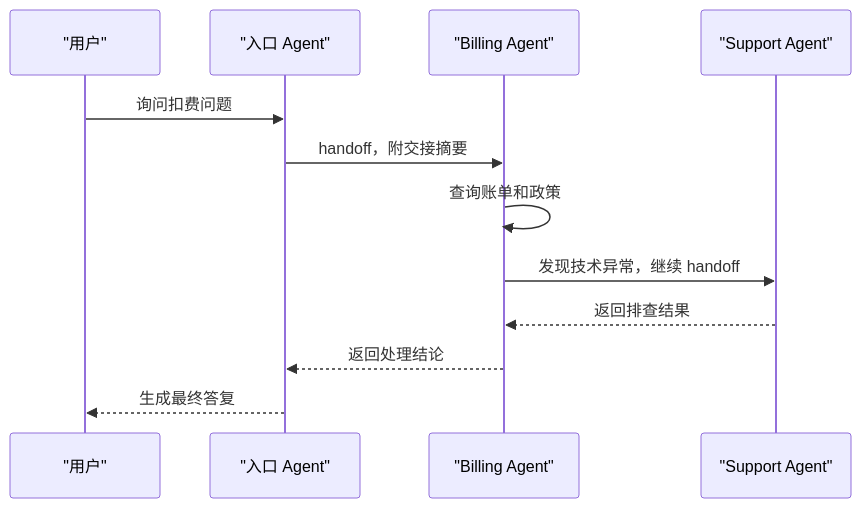
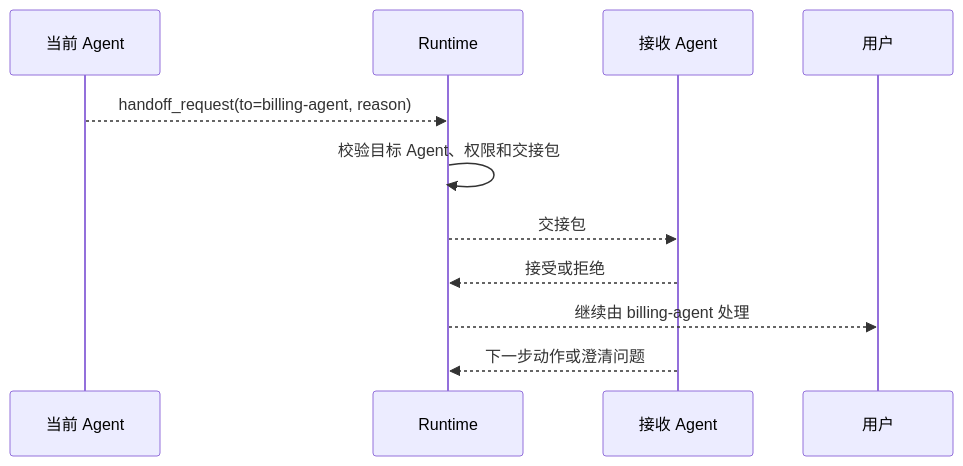
The diagram in docs/AI/Agent/Agent协作/Handoff与动态切换.md (Doge2077/liyyro), drawn with Mermaid before and after one commit. The commit also changed other lines of this file and 27 other files, not shown here.

````diff
--- a/docs/AI/Agent/Agent协作/Handoff与动态切换.md
+++ b/docs/AI/Agent/Agent协作/Handoff与动态切换.md
@@ -46,15 +48,14 @@
 ```mermaid
 sequenceDiagram
-  participant U as "用户"
-  participant E as "入口 Agent"
-  participant B as "Billing Agent"
-  participant S as "Support Agent"
+  participant A as 当前 Agent
+  participant R as Runtime
+  participant B as 接收 Agent
+  participant U as 用户
 
-  U->>E: 询问扣费问题
-  E->>B: handoff，附交接摘要
-  B->>B: 查询账单和政策
-  B->>S: 发现技术异常，继续 handoff
-  S-->>B: 返回排查结果
-  B-->>E: 返回处理结论
-  E-->>U: 生成最终答复
+  A-->>R: handoff_request(to=billing-agent, reason)
+  R->>R: 校验目标 Agent、权限和交接包
+  R-->>B: 交接包
+  B-->>R: 接受或拒绝
+  R-->>U: 继续由 billing-agent 处理
+  B-->>R: 下一步动作或澄清问题
 ```
````
